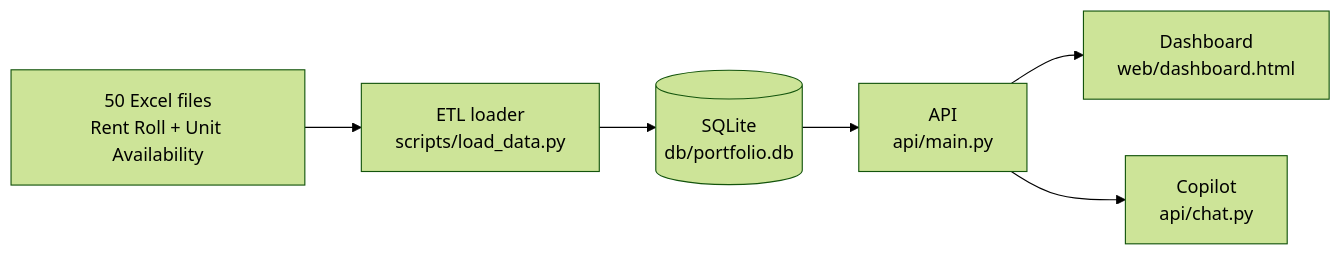
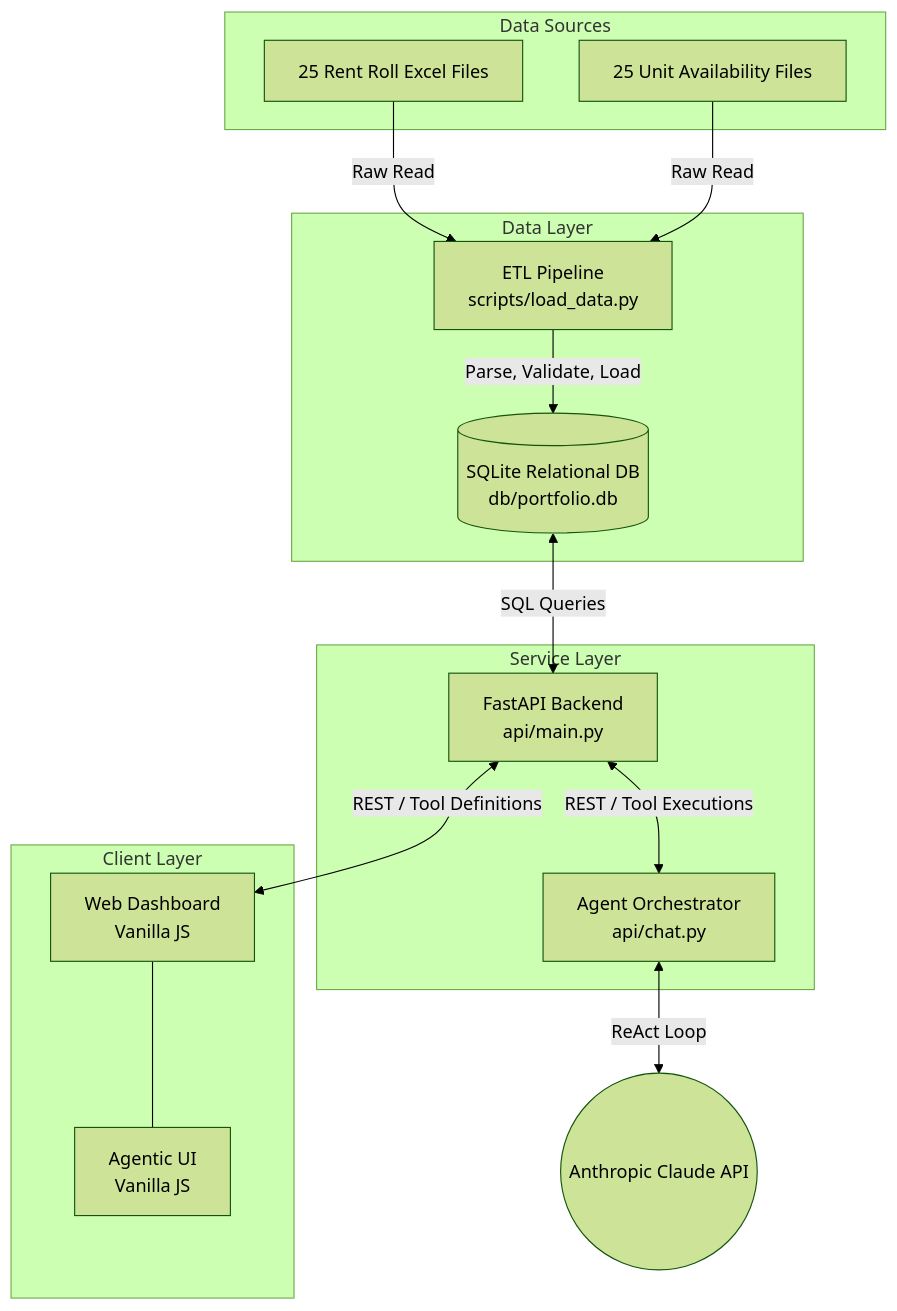
One commit to ayaancodes/aker-ai-case-study changed the first of 3 diagrams in README.md. Above: the diagram before and after it, drawn with Mermaid (forest theme). The commit also changed other lines of this file, not shown here.

````diff
--- a/README.md
+++ b/README.md
@@ -24,8 +18,34 @@
 ```mermaid
-flowchart LR
-    A["50 Excel files\nRent Roll + Unit Availability"] --> B["ETL loader\nscripts/load_data.py"]
-    B --> C[("SQLite\ndb/portfolio.db")]
-    C --> D["API\napi/main.py"]
-    D --> E["Dashboard\nweb/dashboard.html"]
-    D --> F["Copilot\napi/chat.py"]
+flowchart TD
+    subgraph Data Sources
+        E1[25 Rent Roll Excel Files]
+        E2[25 Unit Availability Files]
+    end
+
+    subgraph Data Layer
+        ETL[ETL Pipeline\nscripts/load_data.py]
+        DB[(SQLite Relational DB\ndb/portfolio.db)]
+    end
+
+    subgraph Service Layer
+        API[FastAPI Backend\napi/main.py]
+        Agent[Agent Orchestrator\napi/chat.py]
+    end
+
+    subgraph Client Layer
+        Dash[Web Dashboard\nVanilla JS]
+        Copilot[Agentic UI\nVanilla JS]
+    end
+
+    E1 -->|Raw Read| ETL
+    E2 -->|Raw Read| ETL
+    ETL -->|Parse, Validate, Load| DB
+    DB <-->|SQL Queries| API
+    
+    API <-->|REST / Tool Definitions| Dash
+    API <-->|REST / Tool Executions| Agent
+    
+    Agent <-->|ReAct Loop| LLM((Anthropic Claude API))
+    
+    Dash --- Copilot
 ```
````
